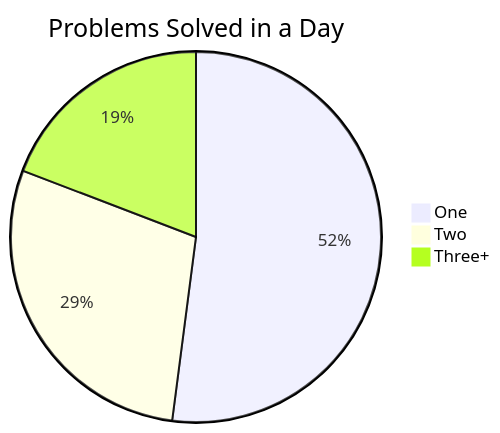
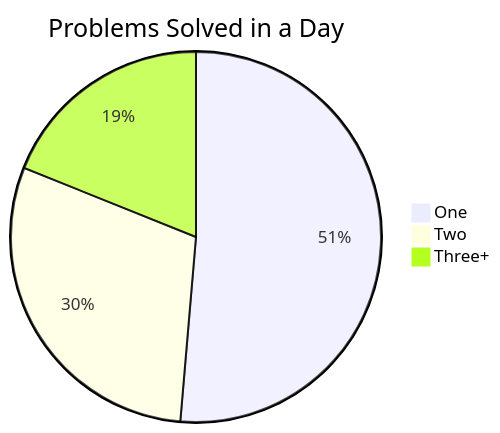
One commit to Jasjeet-Singh-S/100-days-DSA changed the second of 2 diagrams in readme.md. Above: the diagram before and after it, drawn with Mermaid. The commit also changed other lines of this file and 2 other files, not shown here.

````diff
--- a/readme.md
+++ b/readme.md
@@ -25,6 +25,6 @@
 ```mermaid
 pie title Problems Solved in a Day
     "One" : 38
-    "Two" : 21
+    "Two" : 22
     "Three+" : 14
 ```
````
